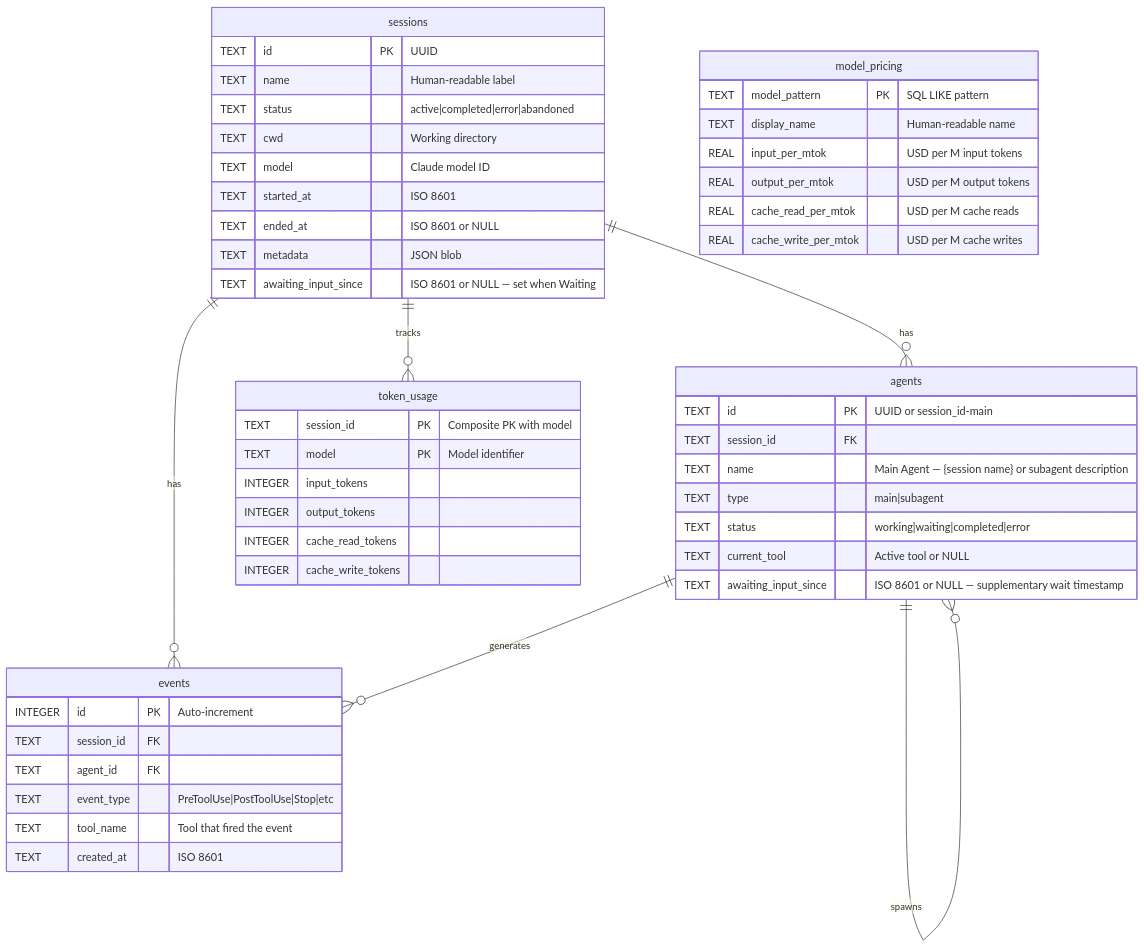
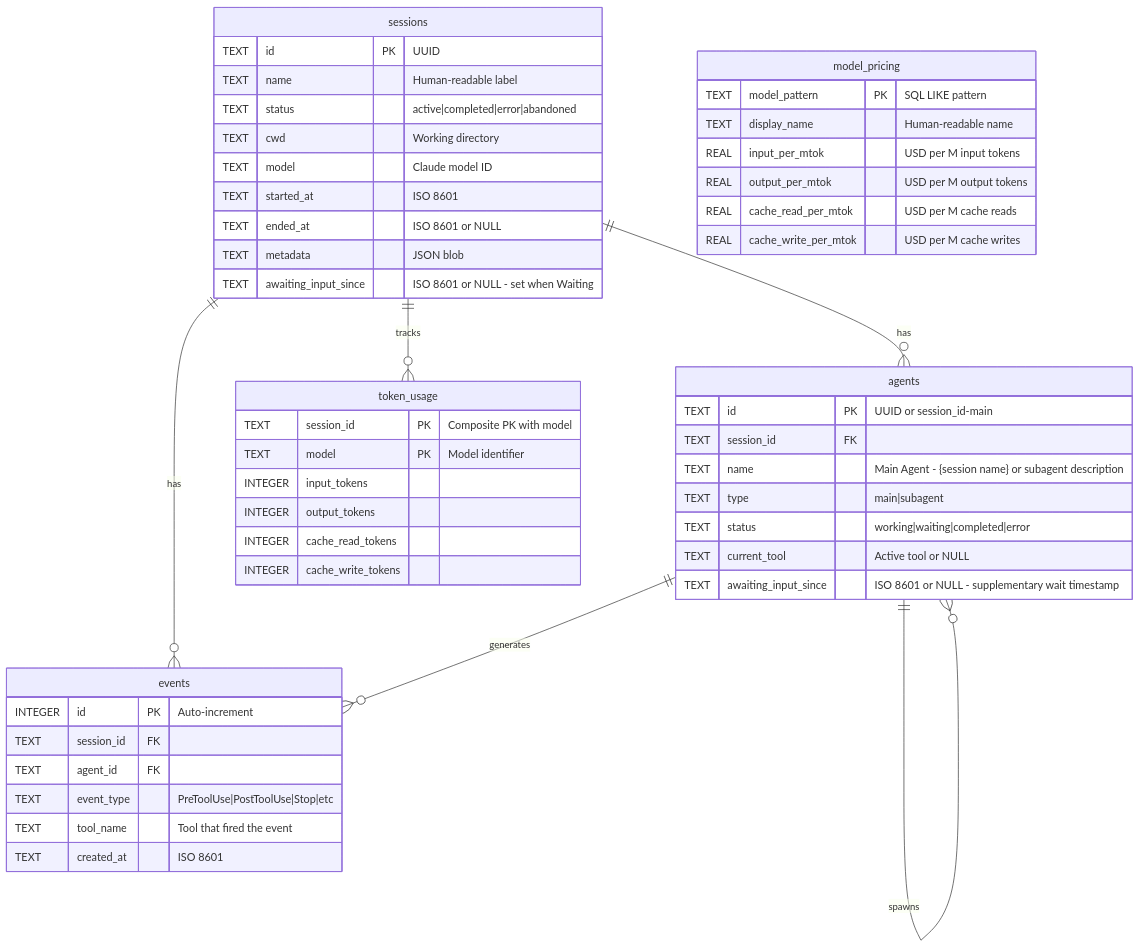
Diagram 16 of 23 in README.md (MrZarrar/Jarvis-Sub-Agent-Dashboard), drawn with Mermaid before and after one commit. The commit also changed other lines of this file and 382 other files, not shown here.

````diff
--- a/README.md
+++ b/README.md
@@ -1675,57 +1687,57 @@
 ```mermaid
 erDiagram
     sessions ||--o{ agents : has
     sessions ||--o{ events : has
     sessions ||--o{ token_usage : tracks
     agents ||--o{ events : generates
     agents ||--o{ agents : spawns
 
     sessions {
         TEXT id PK "UUID"
         TEXT name "Human-readable label"
         TEXT status "active|completed|error|abandoned"
         TEXT cwd "Working directory"
         TEXT model "Claude model ID"
         TEXT started_at "ISO 8601"
         TEXT ended_at "ISO 8601 or NULL"
         TEXT metadata "JSON blob"
-        TEXT awaiting_input_since "ISO 8601 or NULL — set when Waiting"
+        TEXT awaiting_input_since "ISO 8601 or NULL - set when Waiting"
     }
 
     agents {
         TEXT id PK "UUID or session_id-main"
         TEXT session_id FK
-        TEXT name "Main Agent — {session name} or subagent description"
+        TEXT name "Main Agent - {session name} or subagent description"
         TEXT type "main|subagent"
         TEXT status "working|waiting|completed|error"
         TEXT current_tool "Active tool or NULL"
-        TEXT awaiting_input_since "ISO 8601 or NULL — supplementary wait timestamp"
+        TEXT awaiting_input_since "ISO 8601 or NULL - supplementary wait timestamp"
     }
 
     events {
         INTEGER id PK "Auto-increment"
         TEXT session_id FK
         TEXT agent_id FK
         TEXT event_type "PreToolUse|PostToolUse|Stop|etc"
         TEXT tool_name "Tool that fired the event"
         TEXT created_at "ISO 8601"
     }
 
     token_usage {
         TEXT session_id PK "Composite PK with model"
         TEXT model PK "Model identifier"
         INTEGER input_tokens
         INTEGER output_tokens
         INTEGER cache_read_tokens
         INTEGER cache_write_tokens
     }
 
     model_pricing {
         TEXT model_pattern PK "SQL LIKE pattern"
         TEXT display_name "Human-readable name"
         REAL input_per_mtok "USD per M input tokens"
         REAL output_per_mtok "USD per M output tokens"
         REAL cache_read_per_mtok "USD per M cache reads"
         REAL cache_write_per_mtok "USD per M cache writes"
     }
 ```
````
